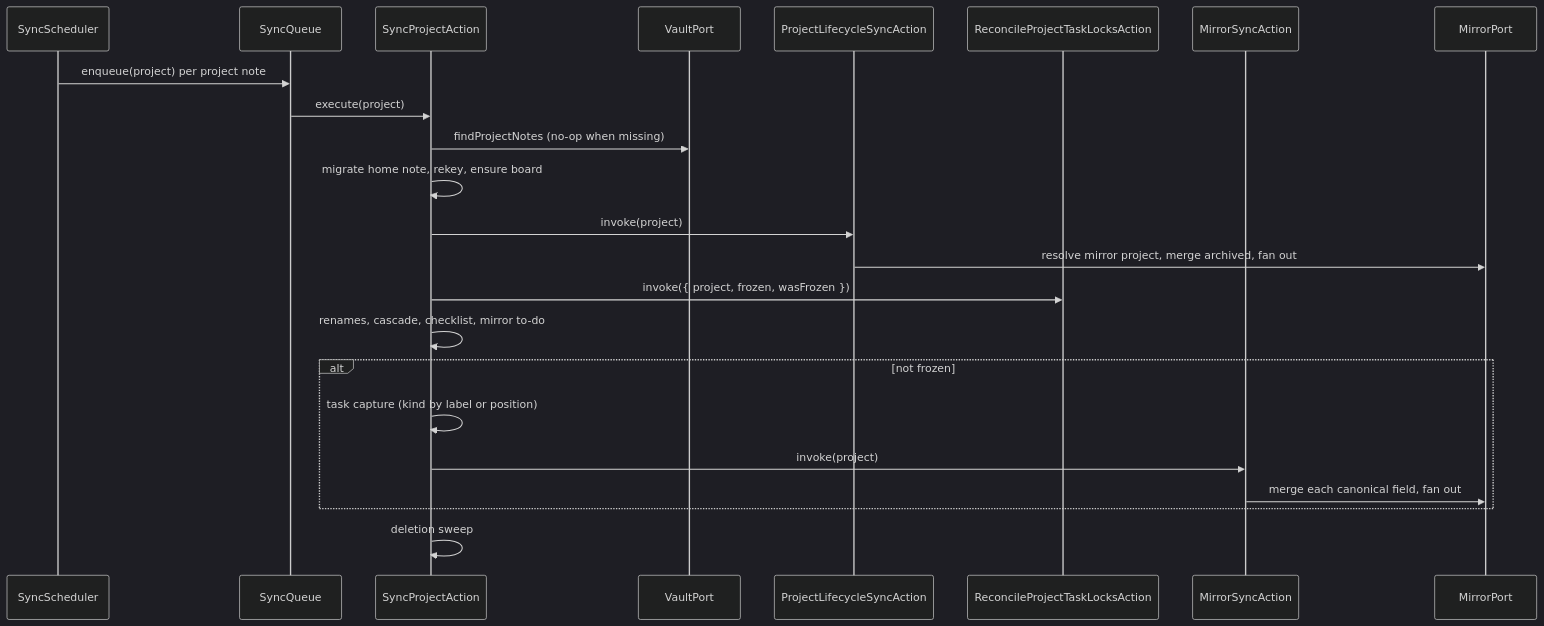
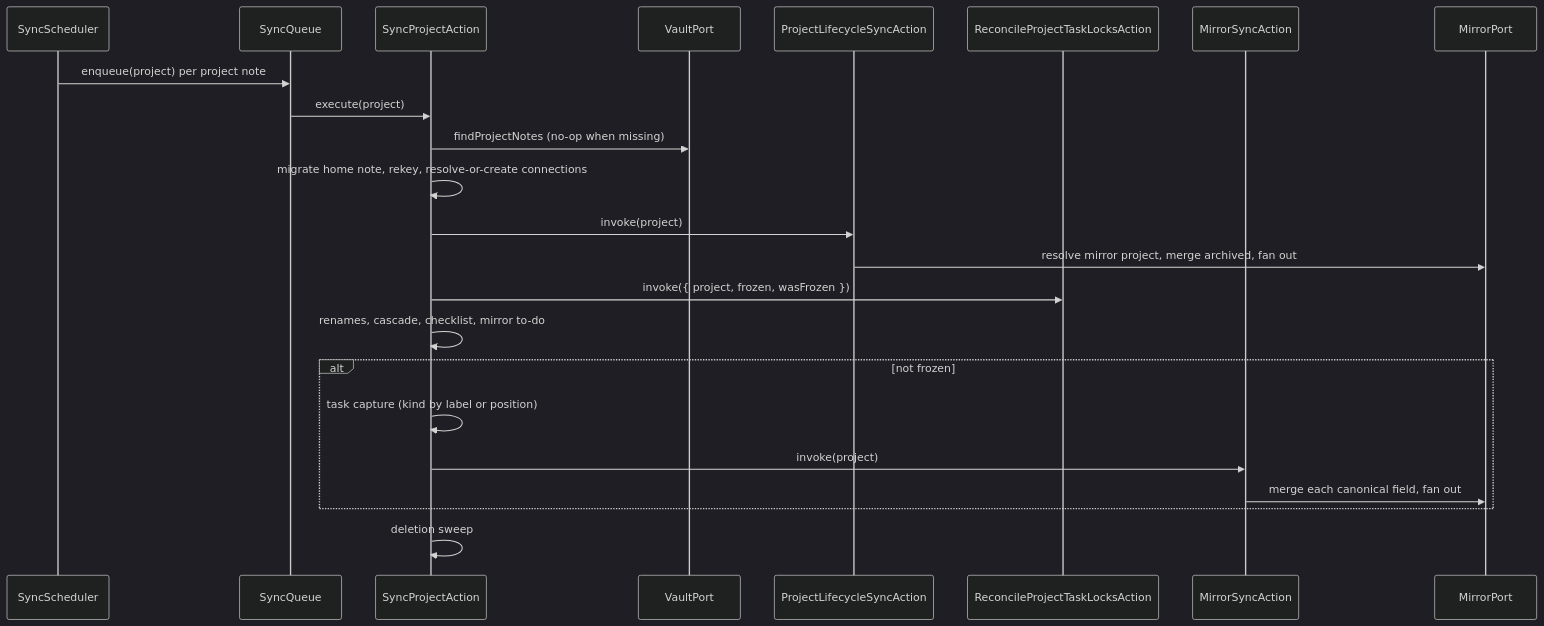
The diagram in ARCHITECTURE.md (99linesofcode/obsidian-project-management), drawn with Mermaid (dark theme) before and after one commit. The commit also changed other lines of this file and 1 other file, not shown here.

First line of the commit message:
docs(origination): the resolve-or-create flow and the retired setup surface

````diff
--- a/ARCHITECTURE.md
+++ b/ARCHITECTURE.md
@@ -123,26 +123,26 @@
 ```mermaid
 sequenceDiagram
   participant Sched as SyncScheduler
   participant Q as SyncQueue
   participant SP as SyncProjectAction
   participant V as VaultPort
   participant Life as ProjectLifecycleSyncAction
   participant Lock as ReconcileProjectTaskLocksAction
   participant TF as MirrorSyncAction
   participant M as MirrorPort
 
   Sched->>Q: enqueue(project) per project note
   Q->>SP: execute(project)
   SP->>V: findProjectNotes (no-op when missing)
-  SP->>SP: migrate home note, rekey, ensure board
+  SP->>SP: migrate home note, rekey, resolve-or-create connections
   SP->>Life: invoke(project)
   Life->>M: resolve mirror project, merge archived, fan out
   SP->>Lock: invoke({ project, frozen, wasFrozen })
   SP->>SP: renames, cascade, checklist, mirror to-do
   alt not frozen
     SP->>SP: task capture (kind by label or position)
     SP->>TF: invoke(project)
     TF->>M: merge each canonical field, fan out
   end
   SP->>SP: deletion sweep
 ```
````
